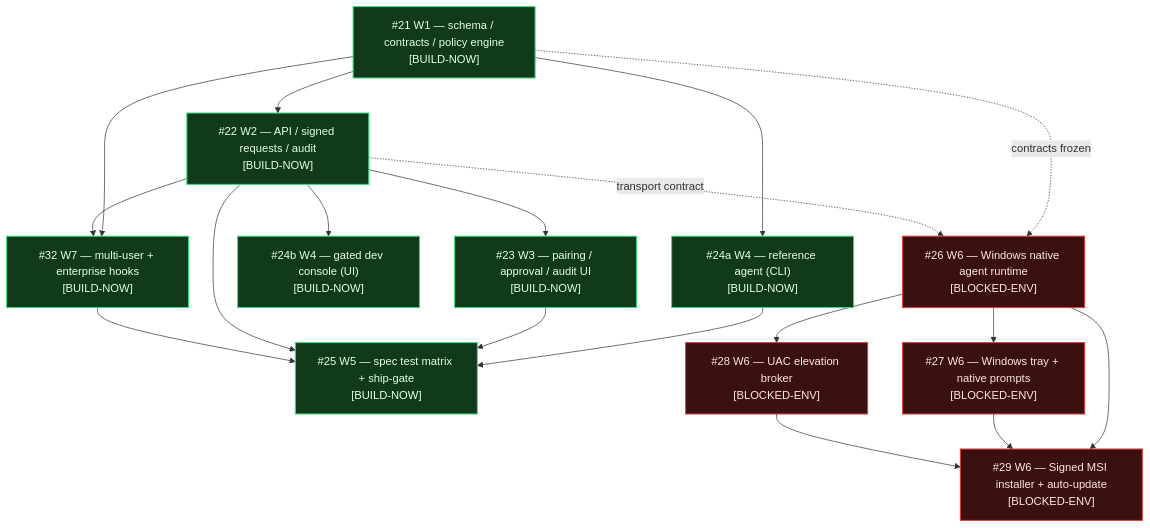
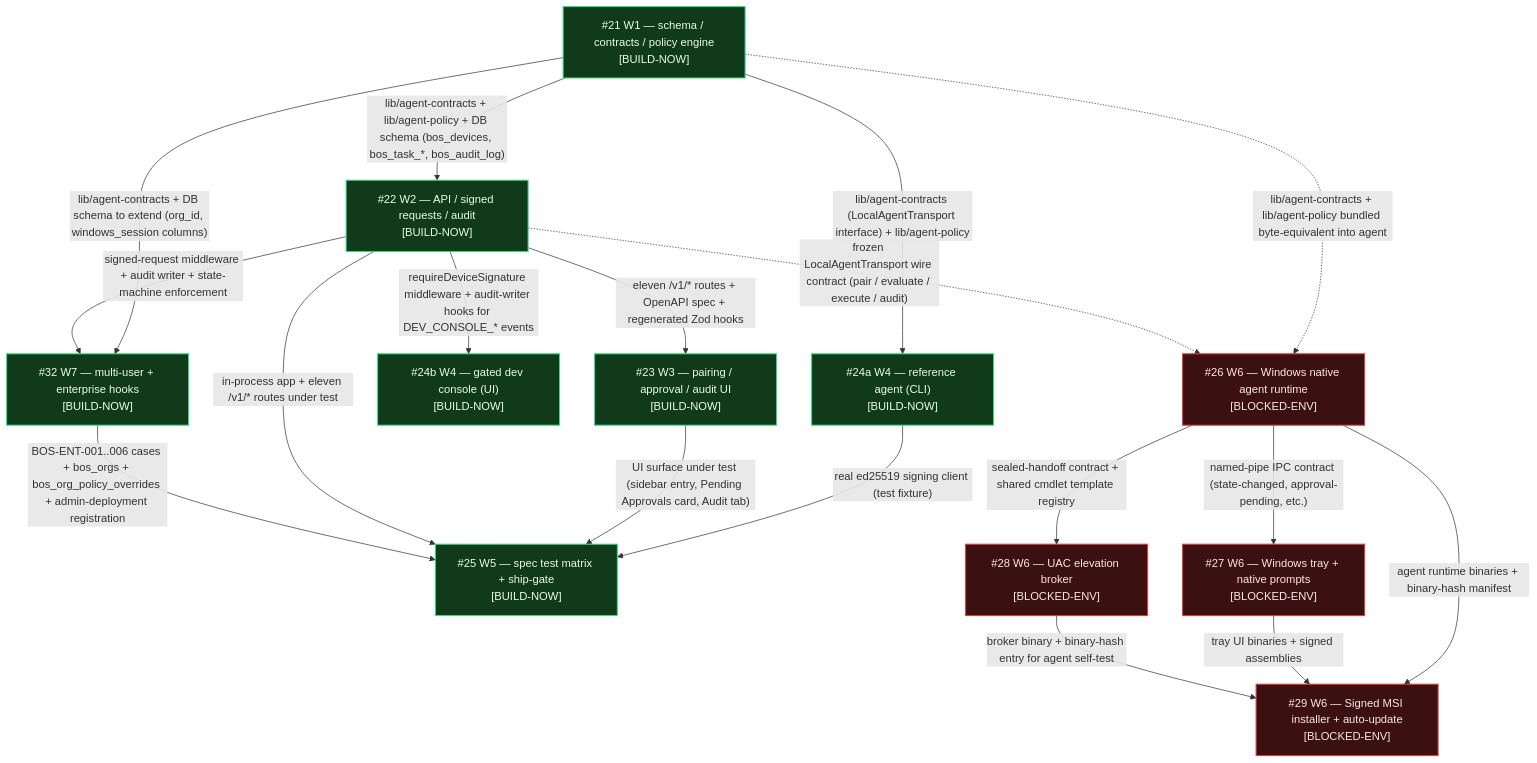
Before and after one commit to ABBYCRM/BOS-OMEGA-Frontend: the diagram in docs/local-automation-agent/MASTER_PLAN.md, drawn with Mermaid. The commit also changed other lines of this file and 1 other file, not shown here.

First line of the commit message:
docs(local-automation-agent): Task #33 — master orchestration & crosswalk

````diff
--- a/docs/local-automation-agent/MASTER_PLAN.md
+++ b/docs/local-automation-agent/MASTER_PLAN.md
@@ -46,41 +46,41 @@
 ```mermaid
 graph TD
     %% Build-now workstreams
     T21["#21 W1 — schema / contracts / policy engine<br/>[BUILD-NOW]"]:::buildnow
     T22["#22 W2 — API / signed requests / audit<br/>[BUILD-NOW]"]:::buildnow
     T23["#23 W3 — pairing / approval / audit UI<br/>[BUILD-NOW]"]:::buildnow
     T24a["#24a W4 — reference agent (CLI)<br/>[BUILD-NOW]"]:::buildnow
     T24b["#24b W4 — gated dev console (UI)<br/>[BUILD-NOW]"]:::buildnow
     T25["#25 W5 — spec test matrix + ship-gate<br/>[BUILD-NOW]"]:::buildnow
     T32["#32 W7 — multi-user + enterprise hooks<br/>[BUILD-NOW]"]:::buildnow
 
     %% Deferred Windows workstream
     T26["#26 W6 — Windows native agent runtime<br/>[BLOCKED-ENV]"]:::blocked
     T27["#27 W6 — Windows tray + native prompts<br/>[BLOCKED-ENV]"]:::blocked
     T28["#28 W6 — UAC elevation broker<br/>[BLOCKED-ENV]"]:::blocked
     T29["#29 W6 — Signed MSI installer + auto-update<br/>[BLOCKED-ENV]"]:::blocked
 
-    %% Hard prerequisites
-    T21 --> T22
-    T21 --> T24a
-    T21 --> T32
-    T22 --> T23
-    T22 --> T24b
-    T22 --> T32
-    T24a --> T25
-    T23 --> T25
-    T22 --> T25
-    T32 --> T25
+    %% Hard prerequisites — every edge labelled with the artefact crossing the boundary
+    T21 -->|"lib/agent-contracts + lib/agent-policy + DB schema (bos_devices, bos_task_*, bos_audit_log)"| T22
+    T21 -->|"lib/agent-contracts (LocalAgentTransport interface) + lib/agent-policy"| T24a
+    T21 -->|"lib/agent-contracts + DB schema to extend (org_id, windows_session columns)"| T32
+    T22 -->|"eleven /v1/* routes + OpenAPI spec + regenerated Zod hooks"| T23
+    T22 -->|"requireDeviceSignature middleware + audit-writer hooks for DEV_CONSOLE_* events"| T24b
+    T22 -->|"signed-request middleware + audit writer + state-machine enforcement"| T32
+    T24a -->|"real ed25519 signing client (test fixture)"| T25
+    T23 -->|"UI surface under test (sidebar entry, Pending Approvals card, Audit tab)"| T25
+    T22 -->|"in-process app + eleven /v1/* routes under test"| T25
+    T32 -->|"BOS-ENT-001..006 cases + bos_orgs + bos_org_policy_overrides + admin-deployment registration"| T25
 
     %% Deferred Windows fan-out from contracts + server
-    T21 -.contracts frozen.-> T26
-    T22 -.transport contract.-> T26
-    T26 --> T27
-    T26 --> T28
-    T26 --> T29
-    T27 --> T29
-    T28 --> T29
+    T21 -.->|"lib/agent-contracts + lib/agent-policy bundled byte-equivalent into agent"| T26
+    T22 -.->|"frozen LocalAgentTransport wire contract (pair / evaluate / execute / audit)"| T26
+    T26 -->|"named-pipe IPC contract (state-changed, approval-pending, etc.)"| T27
+    T26 -->|"sealed-handoff contract + shared cmdlet template registry"| T28
+    T26 -->|"agent runtime binaries + binary-hash manifest"| T29
+    T27 -->|"tray UI binaries + signed assemblies"| T29
+    T28 -->|"broker binary + binary-hash entry for agent self-test"| T29
 
     classDef buildnow fill:#103a1a,stroke:#3ddc84,stroke-width:1.5px,color:#e6ffe6;
     classDef blocked  fill:#3a1010,stroke:#dc3d3d,stroke-width:1.5px,color:#ffe6e6;
 ```
````
